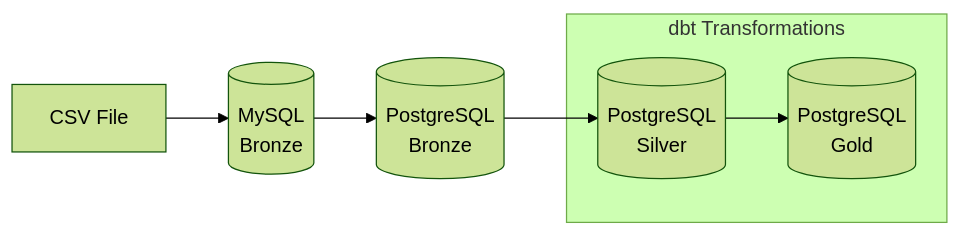
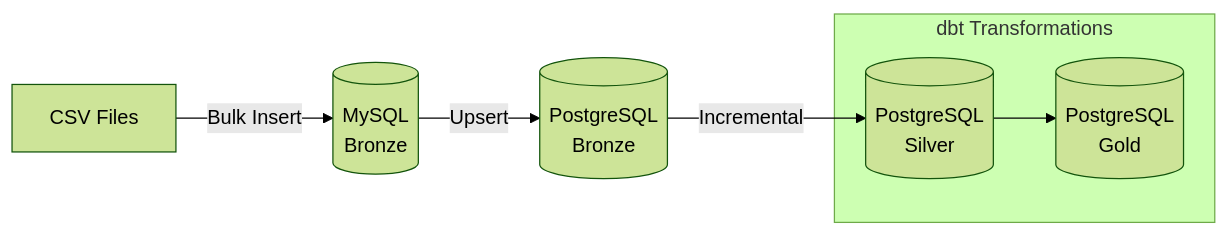
One commit to evans-ankomah/DEM09-Data-Science-and-Machine-Learning changed the diagram in README.md. Above: the diagram before and after it, drawn with Mermaid (forest theme). The commit also changed other lines of this file and 5 other files, not shown here.

````diff
--- a/README.md
+++ b/README.md
@@ -7,12 +15,12 @@
 ```mermaid
 flowchart LR
-    CSV[CSV File] --> MySQL[(MySQL<br/>Bronze)]
-    MySQL --> PG_Bronze[(PostgreSQL<br/>Bronze)]
-    PG_Bronze --> Silver[(PostgreSQL<br/>Silver)]
+    CSV[CSV Files] -->|Bulk Insert| MySQL[(MySQL<br/>Bronze)]
+    MySQL -->|Upsert| PG_Bronze[(PostgreSQL<br/>Bronze)]
+    PG_Bronze -->|Incremental| Silver[(PostgreSQL<br/>Silver)]
     Silver --> Gold[(PostgreSQL<br/>Gold)]
     
     subgraph dbt["dbt Transformations"]
         Silver
         Gold
     end
 ```
````
